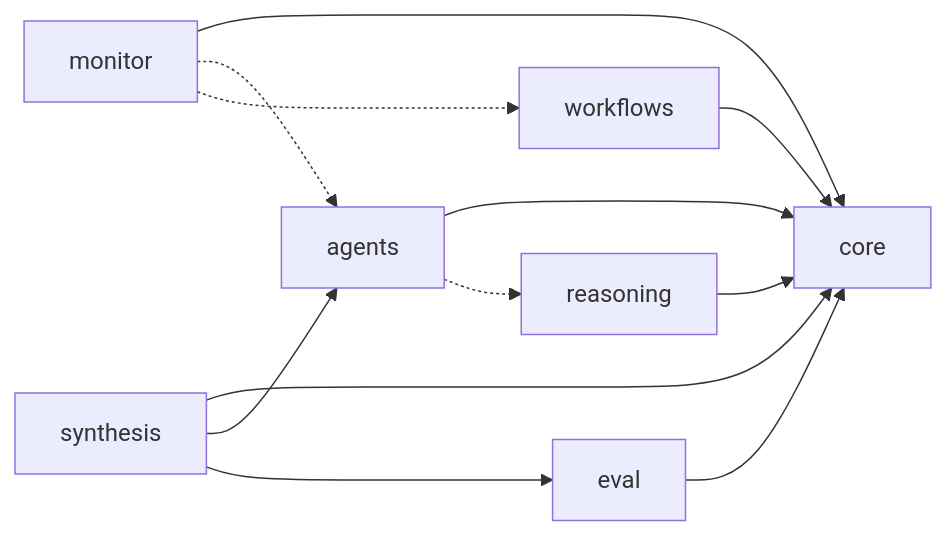
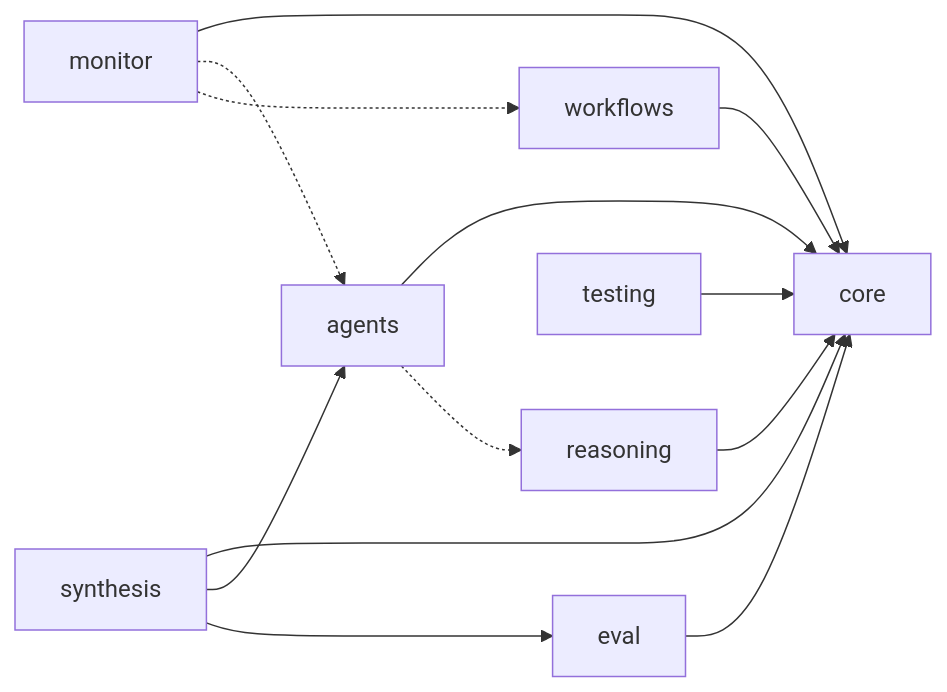
Before and after one commit to NikolasMarkou/fsm_llm: the second of 2 diagrams in src/AGENTS.md, drawn with Mermaid. The commit also changed other lines of this file and 25 other files, not shown here.

````diff
--- a/src/AGENTS.md
+++ b/src/AGENTS.md
@@ -36,14 +36,15 @@
 ```mermaid
 flowchart LR
     reasoning --> core
     workflows --> core
     agents --> core
     agents -.-> reasoning
     monitor --> core
     monitor -.-> agents
     monitor -.-> workflows
     eval --> core
     synthesis --> core
     synthesis --> agents
     synthesis --> eval
+    testing --> core
 ```
````
